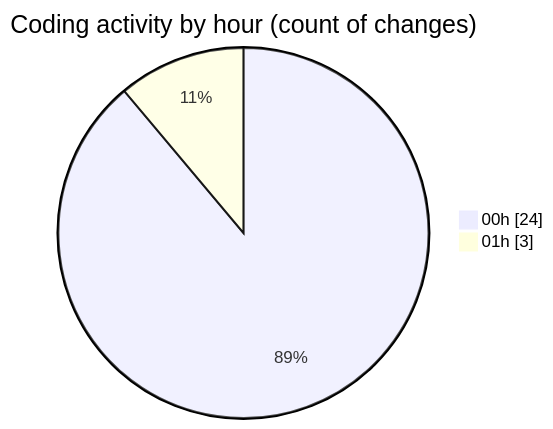
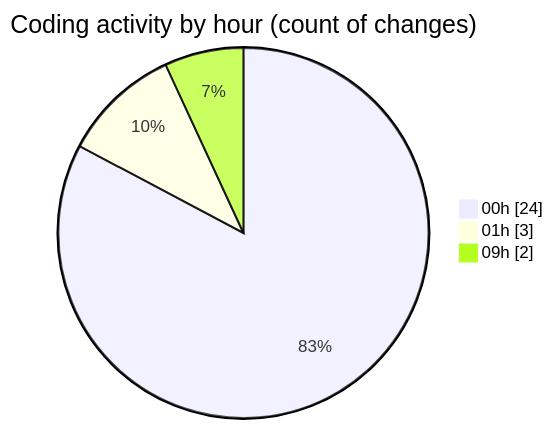
The second of 2 diagrams in 2025-11-24/eventscop-frontend-guide__workspace_/README.md (julien-gomy/code-tracking), drawn with Mermaid before and after one commit. The commit also changed other lines of this file and 1 other file, not shown here.

````diff
--- a/2025-11-24/eventscop-frontend-guide__workspace_/README.md
+++ b/2025-11-24/eventscop-frontend-guide__workspace_/README.md
@@ -38,6 +39,7 @@
 ```mermaid
 pie showData
 title Coding activity by hour (count of changes)
 "00h" : 24
 "01h" : 3
+"09h" : 2
 ```
````
